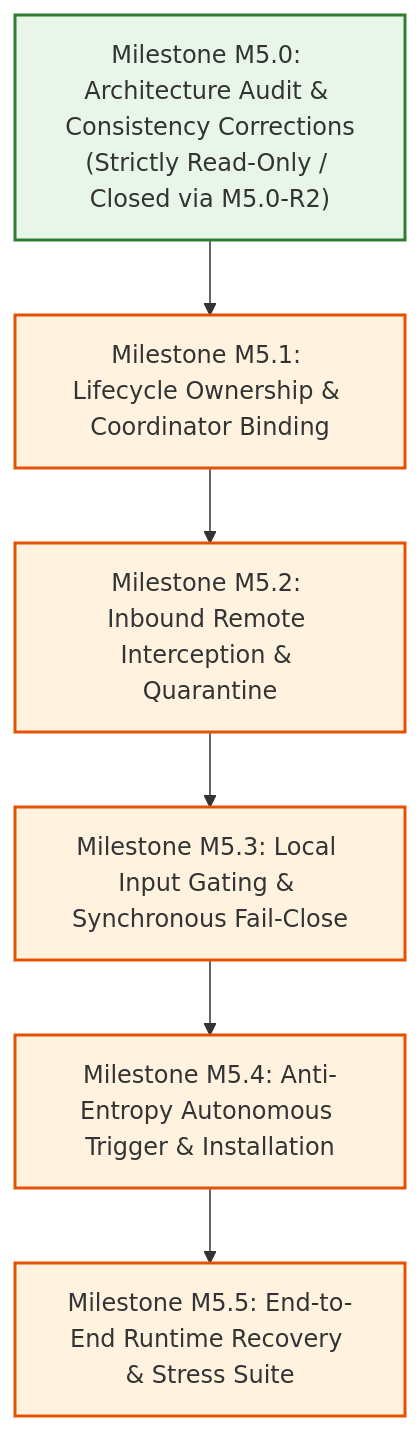
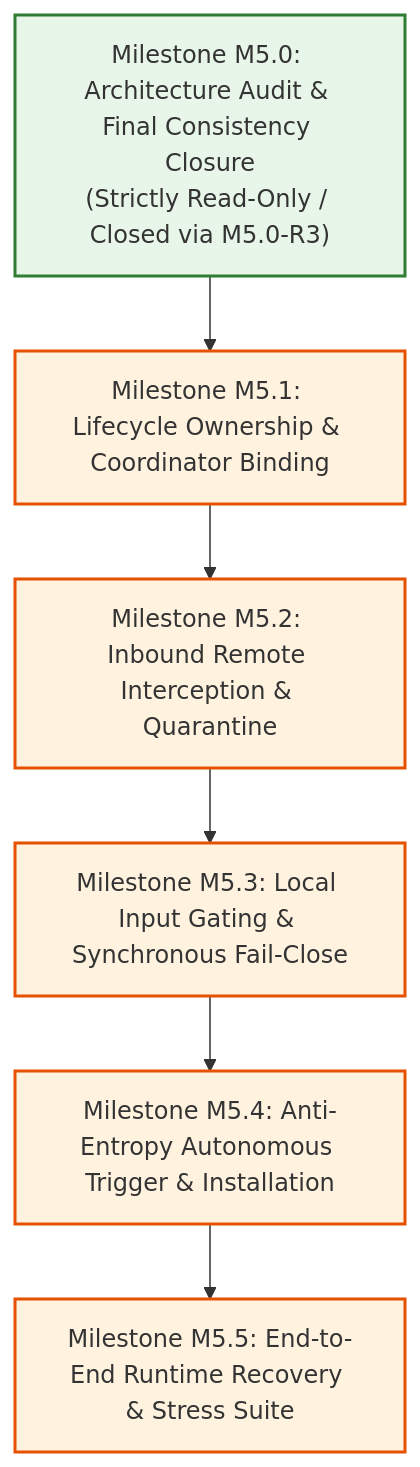
One commit to Tejdeepakchandra/SyncPlay_Protocol changed the diagram in docs/PHASE7_5_M5_IMPLEMENTATION_ROADMAP.md. Above: the diagram before and after it, drawn with Mermaid. The commit also changed other lines of this file and 5 other files, not shown here.

Commit message:
docs(phase-7.5-m5): resolve final consistency findings (m5.0-r3)

````diff
--- a/docs/PHASE7_5_M5_IMPLEMENTATION_ROADMAP.md
+++ b/docs/PHASE7_5_M5_IMPLEMENTATION_ROADMAP.md
@@ -17,15 +17,15 @@
 ```mermaid
 flowchart TD
-    M5_0["Milestone M5.0: Architecture Audit & Consistency Corrections<br/>(Strictly Read-Only / Closed via M5.0-R2)"] --> M5_1["Milestone M5.1: Lifecycle Ownership & Coordinator Binding"]
+    M5_0["Milestone M5.0: Architecture Audit & Final Consistency Closure<br/>(Strictly Read-Only / Closed via M5.0-R3)"] --> M5_1["Milestone M5.1: Lifecycle Ownership & Coordinator Binding"]
     M5_1 --> M5_2["Milestone M5.2: Inbound Remote Interception & Quarantine"]
     M5_2 --> M5_3["Milestone M5.3: Local Input Gating & Synchronous Fail-Close"]
     M5_3 --> M5_4["Milestone M5.4: Anti-Entropy Autonomous Trigger & Installation"]
     M5_4 --> M5_5["Milestone M5.5: End-to-End Runtime Recovery & Stress Suite"]
 
     style M5_0 fill:#e8f5e9,stroke:#2e7d32,stroke-width:2px
     style M5_1 fill:#fff3e0,stroke:#e65100,stroke-width:2px
     style M5_2 fill:#fff3e0,stroke:#e65100,stroke-width:2px
     style M5_3 fill:#fff3e0,stroke:#e65100,stroke-width:2px
     style M5_4 fill:#fff3e0,stroke:#e65100,stroke-width:2px
     style M5_5 fill:#fff3e0,stroke:#e65100,stroke-width:2px
 ```
````
